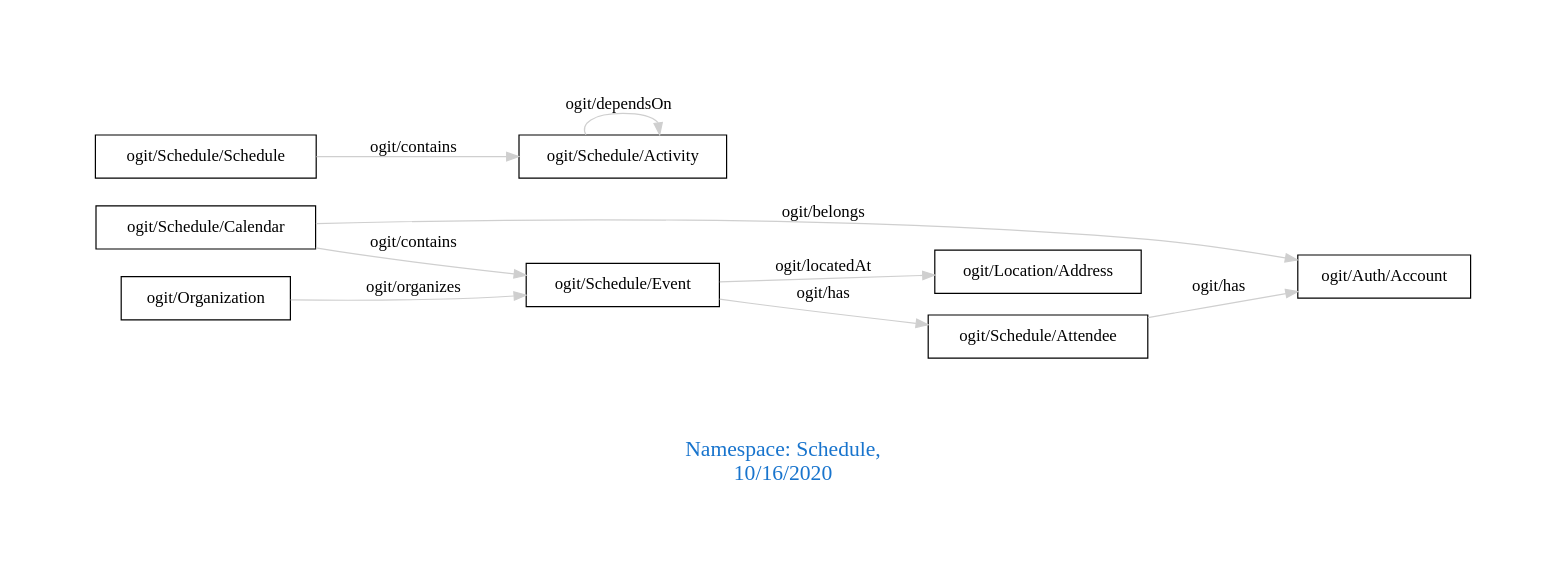
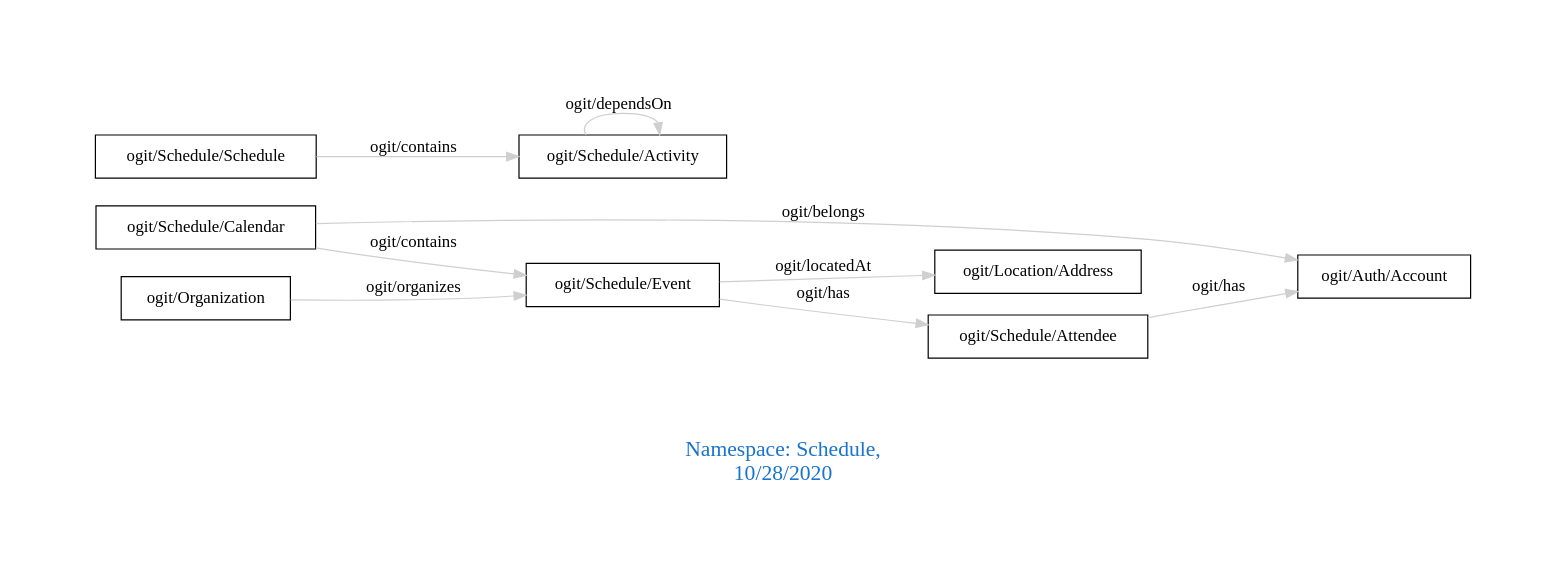
Before and after one commit to arago/OGIT: the diagram in downloads/Schedule.dot, drawn with Graphviz. The commit also changed 1830 other files, not shown here.

```diff
--- a/downloads/Schedule.dot
+++ b/downloads/Schedule.dot
@@ -1,16 +1,16 @@
 digraph OGIT_ontology {
  graph [ rankdir= LR,pad=1 
 fontsize = 18,
-fontcolor= dodgerblue3,label = "\n\n\nNamespace: Schedule, \n 10/16/2020"];
+fontcolor= dodgerblue3,label = "\n\n\nNamespace: Schedule, \n 10/28/2020"];
 node[shape=polygon];
 edge [  color="gray81"];
 
    "ogit/Schedule/Calendar" -> "ogit/Schedule/Event" [label="   ogit/contains    "];
    "ogit/Schedule/Schedule" -> "ogit/Schedule/Activity" [label="   ogit/contains    "];
    "ogit/Schedule/Event" -> "ogit/Location/Address" [label="   ogit/locatedAt    "];
    "ogit/Organization" -> "ogit/Schedule/Event" [label="   ogit/organizes    "];
    "ogit/Schedule/Calendar" -> "ogit/Auth/Account" [label="   ogit/belongs    "];
    "ogit/Schedule/Attendee" -> "ogit/Auth/Account" [label="   ogit/has    "];
    "ogit/Schedule/Event" -> "ogit/Schedule/Attendee" [label="   ogit/has    "];
    "ogit/Schedule/Activity" -> "ogit/Schedule/Activity" [label="   ogit/dependsOn    "];
 }
```
